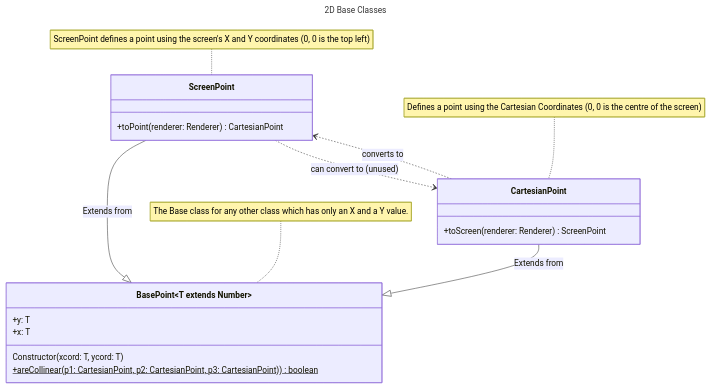
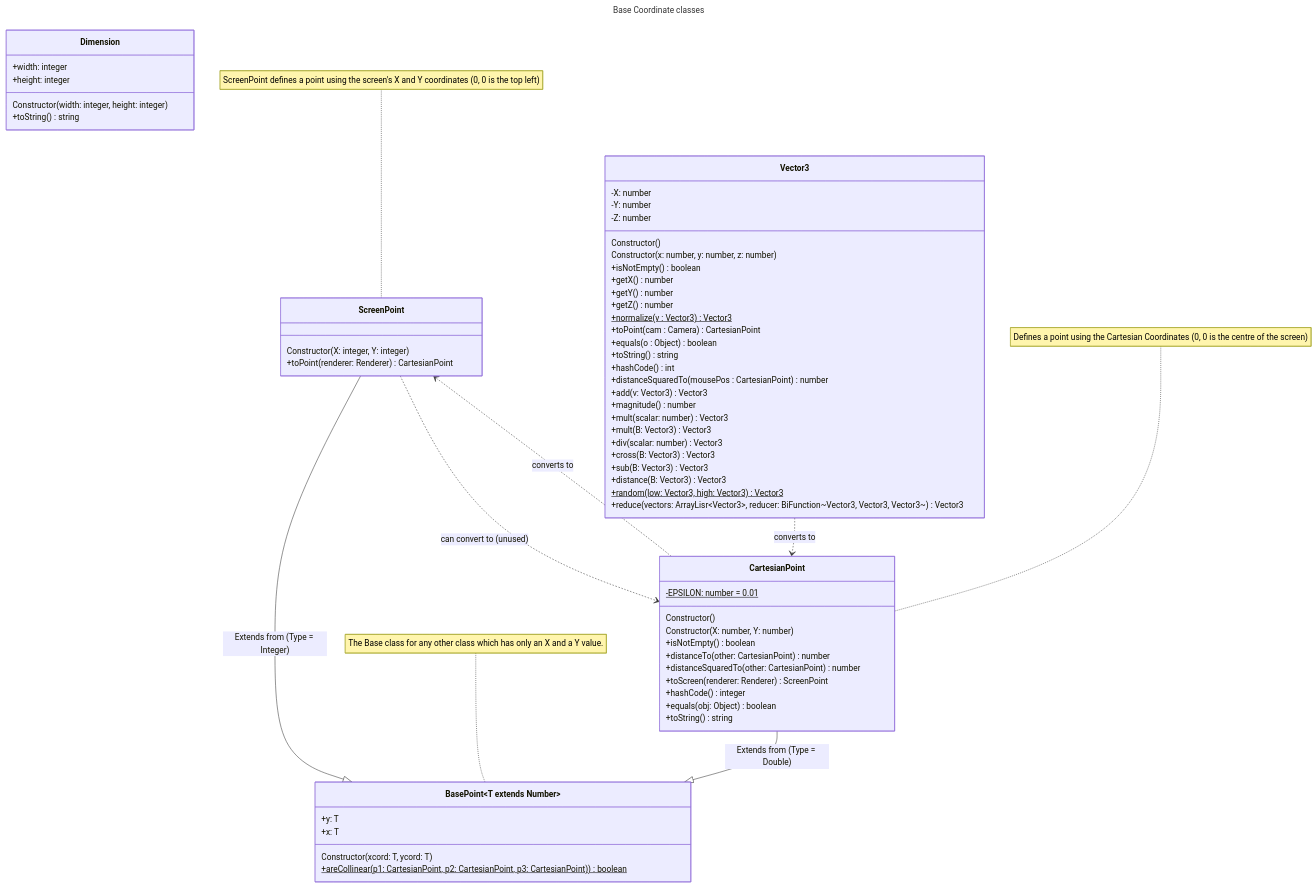
One commit to yetnt/j3engine changed the first of 6 diagrams in impl.md. Above: the diagram before and after it, drawn with Mermaid. The commit also changed other lines of this file and 5 other files, not shown here.

````diff
--- a/impl.md
+++ b/impl.md
@@ -29,25 +9,69 @@
 ```mermaid
 ---
-title: 2D Base Classes
+title: Base Coordinate classes
 ---
 classDiagram
     note for ScreenPoint "ScreenPoint defines a point using the screen's X and Y coordinates (0, 0 is the top left)"
     note for BasePoint "The Base class for any other class which has only an X and a Y value."
     note for CartesianPoint "Defines a point using the Cartesian Coordinates (0, 0 is the centre of the screen)"
-    ScreenPoint --|> BasePoint~T extends Number~: Extends from
-    CartesianPoint --|> BasePoint: Extends from
+    ScreenPoint --|> BasePoint~T extends Number~: Extends from (Type = Integer)
+    CartesianPoint --|> BasePoint~T extends Number~: Extends from (Type = Double)
     class BasePoint~T extends Number~ {
         +y: T
         +x: T
         Constructor(xcord: T, ycord: T)
         +areCollinear(p1: CartesianPoint, p2: CartesianPoint, p3: CartesianPoint)) boolean$
     }
     CartesianPoint ..> ScreenPoint: converts to
     ScreenPoint ..> CartesianPoint: can convert to (unused)
+    Vector3 ..> CartesianPoint: converts to
     class ScreenPoint {
+        Constructor(X: integer, Y: integer)
         +toPoint(renderer: Renderer) CartesianPoint
     }
     class CartesianPoint {
+        -EPSILON: number = 0.01$
+        Constructor()
+        Constructor(X: number, Y: number)
+        +isNotEmpty() boolean
+        +distanceTo(other: CartesianPoint) number
+        +distanceSquaredTo(other: CartesianPoint) number
         +toScreen(renderer: Renderer) ScreenPoint
+        +hashCode() integer
+        +equals(obj: Object) boolean
+        +toString() string
+    }
+    class Dimension {
+        +width: integer
+        +height: integer
+        Constructor(width: integer, height: integer)
+        +toString() string
+    }
+    class Vector3 {
+        -X: number
+        -Y: number
+        -Z: number
+        Constructor()
+        Constructor(x: number, y: number, z: number)
+        +isNotEmpty() boolean
+        +getX() number
+        +getY() number
+        +getZ() number
+        +normalize(v : Vector3) Vector3$
+        +toPoint(cam : Camera) CartesianPoint
+        +equals(o : Object) boolean
+        +toString() string
+        +hashCode() int
+        +distanceSquaredTo(mousePos : CartesianPoint) number
+        +add(v: Vector3) Vector3
+        +magnitude() number
+        +mult(scalar: number) Vector3
+        +mult(B: Vector3) Vector3
+        +div(scalar: number) Vector3
+        +cross(B: Vector3) Vector3
+        +sub(B: Vector3) Vector3
+        +distance(B: Vector3) Vector3
+        +random(low: Vector3, high: Vector3) Vector3$
+        +reduce(vectors: ArrayLisr~Vector3~, reducer: BiFunction~Vector3, Vector3, Vector3~) Vector3
     }
 ```
````
